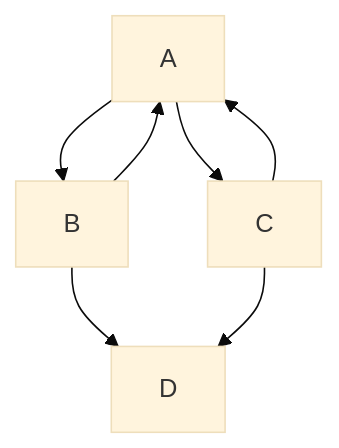
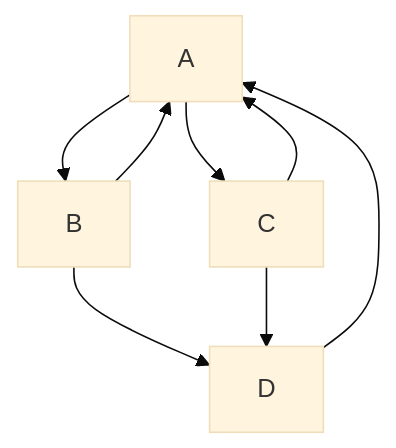
Before and after one commit to Thesacraft/Time: the diagram in docs/TODOLIST.md, drawn with Mermaid (base theme).

````diff
--- a/docs/TODOLIST.md
+++ b/docs/TODOLIST.md
@@ -17,9 +17,10 @@
 ```mermaid
 graph TD;
     A-->B;
     A-->C;
     B-->D;
     C-->D;
     C-->A;
     B-->A;
+    D-->A;
 ```
````
